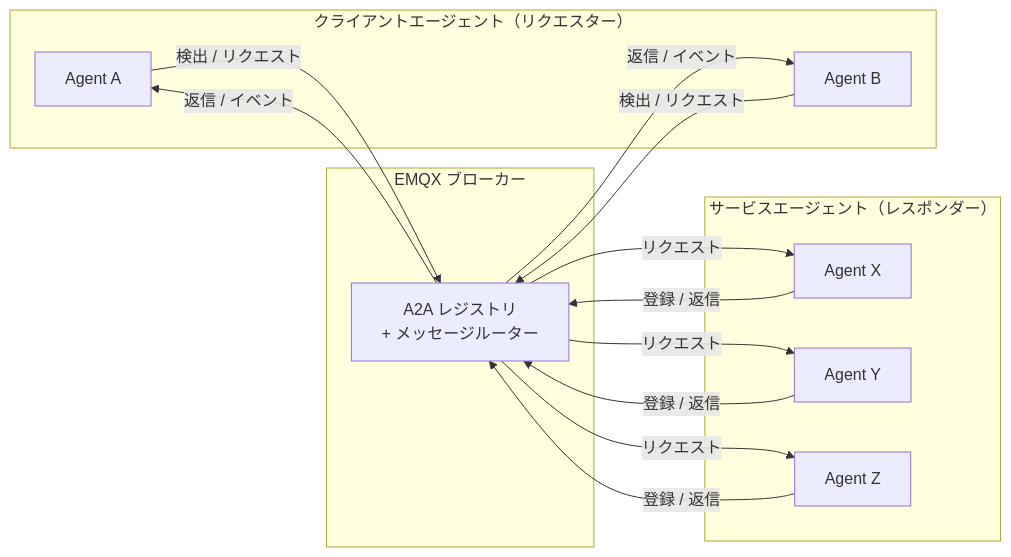
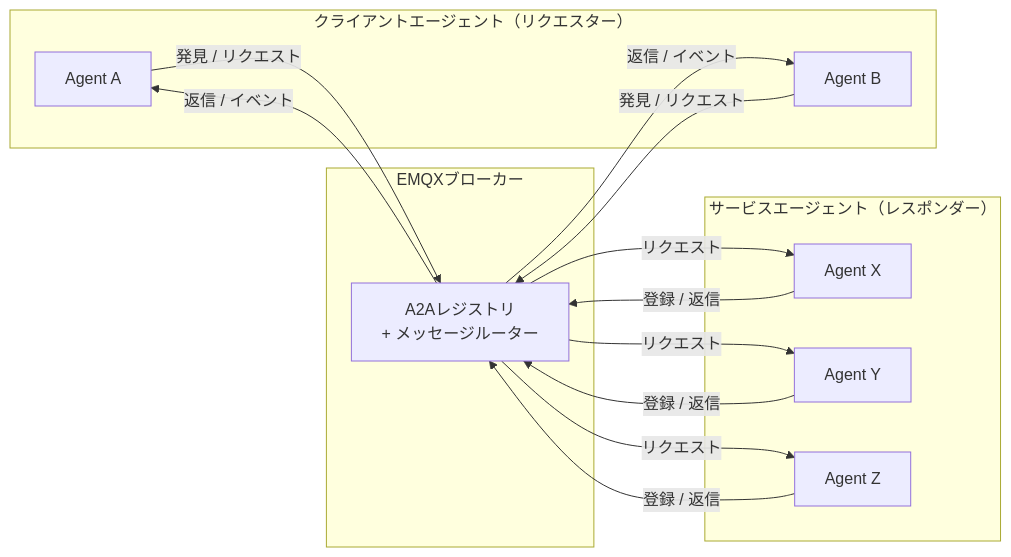
Before and after one commit to emqx/emqx-docs: the first of 2 diagrams in ja_JP/develop/emqx-ai/a2a-over-mqtt/architecture.md, drawn with Mermaid. The commit also changed other lines of this file and 79 other files, not shown here.

````diff
--- a/ja_JP/develop/emqx-ai/a2a-over-mqtt/architecture.md
+++ b/ja_JP/develop/emqx-ai/a2a-over-mqtt/architecture.md
@@ -13,28 +13,28 @@
 ```mermaid
 graph LR
     subgraph "クライアントエージェント（リクエスター）"
         CA1[Agent A]
         CA2[Agent B]
     end
 
-    subgraph "EMQX ブローカー"
-        B[A2A レジストリ\n+ メッセージルーター]
+    subgraph "EMQXブローカー"
+        B[A2Aレジストリ\n+ メッセージルーター]
     end
 
     subgraph "サービスエージェント（レスポンダー）"
         SA1[Agent X]
         SA2[Agent Y]
         SA3[Agent Z]
     end
 
-    CA1 -- "検出 / リクエスト" --> B
-    CA2 -- "検出 / リクエスト" --> B
+    CA1 -- "発見 / リクエスト" --> B
+    CA2 -- "発見 / リクエスト" --> B
     B -- "返信 / イベント" --> CA1
     B -- "返信 / イベント" --> CA2
     B -- "リクエスト" --> SA1
     B -- "リクエスト" --> SA2
     B -- "リクエスト" --> SA3
     SA1 -- "登録 / 返信" --> B
     SA2 -- "登録 / 返信" --> B
     SA3 -- "登録 / 返信" --> B
 ```
````
